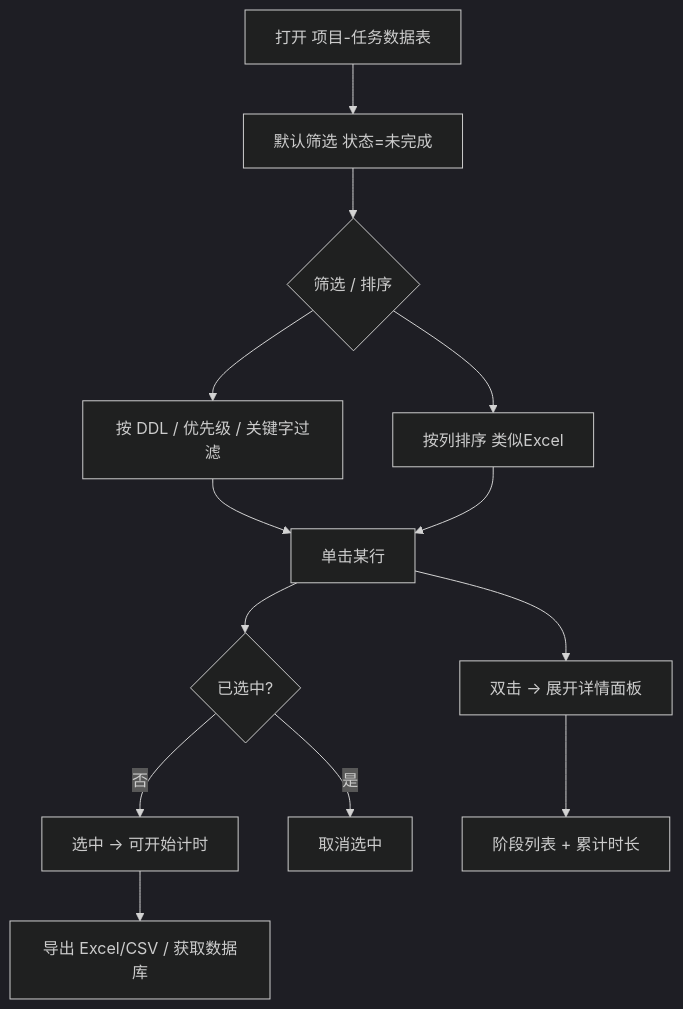
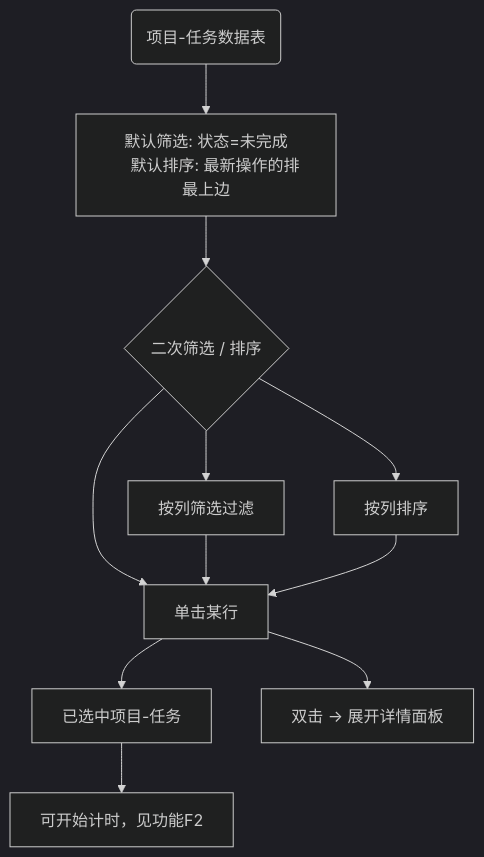
Before and after one commit to YangYuhua122121/WorkLog: the fourth of 5 diagrams in worklog-PRD文档.md, drawn with Mermaid (dark theme). The commit also changed other lines of this file and 3 other files, not shown here.

````diff
--- a/worklog-PRD文档.md
+++ b/worklog-PRD文档.md
@@ -366,15 +293,13 @@
 ```mermaid
 flowchart TD
-    A[打开 项目-任务数据表] --> B[默认筛选 状态=未完成]
-    B --> C{筛选 / 排序}
-    C --> D[按 DDL / 优先级 / 关键字过滤]
-    C --> E[按列排序 类似Excel]
+    A(项目-任务数据表) --> B[默认筛选: 状态=未完成
+    默认排序: 最新操作的排最上边]
+    B --> C{二次筛选 / 排序} --> F
+    C --> D[按列筛选过滤]
+    C --> E[按列排序]
     D --> F[单击某行]
     E --> F
-    F --> G{已选中?}
-    G -- 否 --> H[选中 → 可开始计时]
-    G -- 是 --> I[取消选中]
+    F --> G[已选中项目-任务]
+    G --> H[可开始计时，见功能F2]
     F --> J[双击 → 展开详情面板]
-    J --> K[阶段列表 + 累计时长]
-    H --> L[导出 Excel/CSV / 获取数据库]
 ```
````
